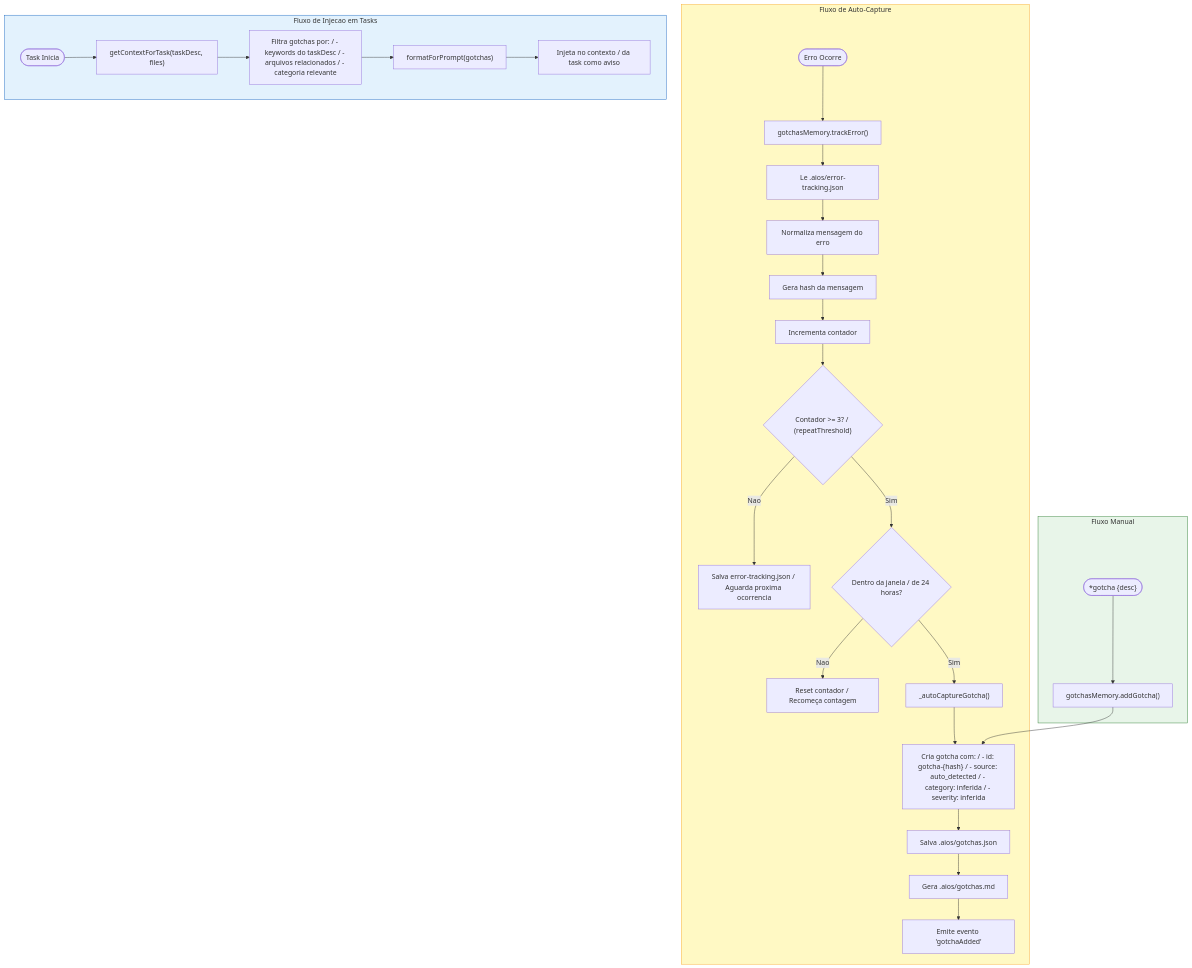
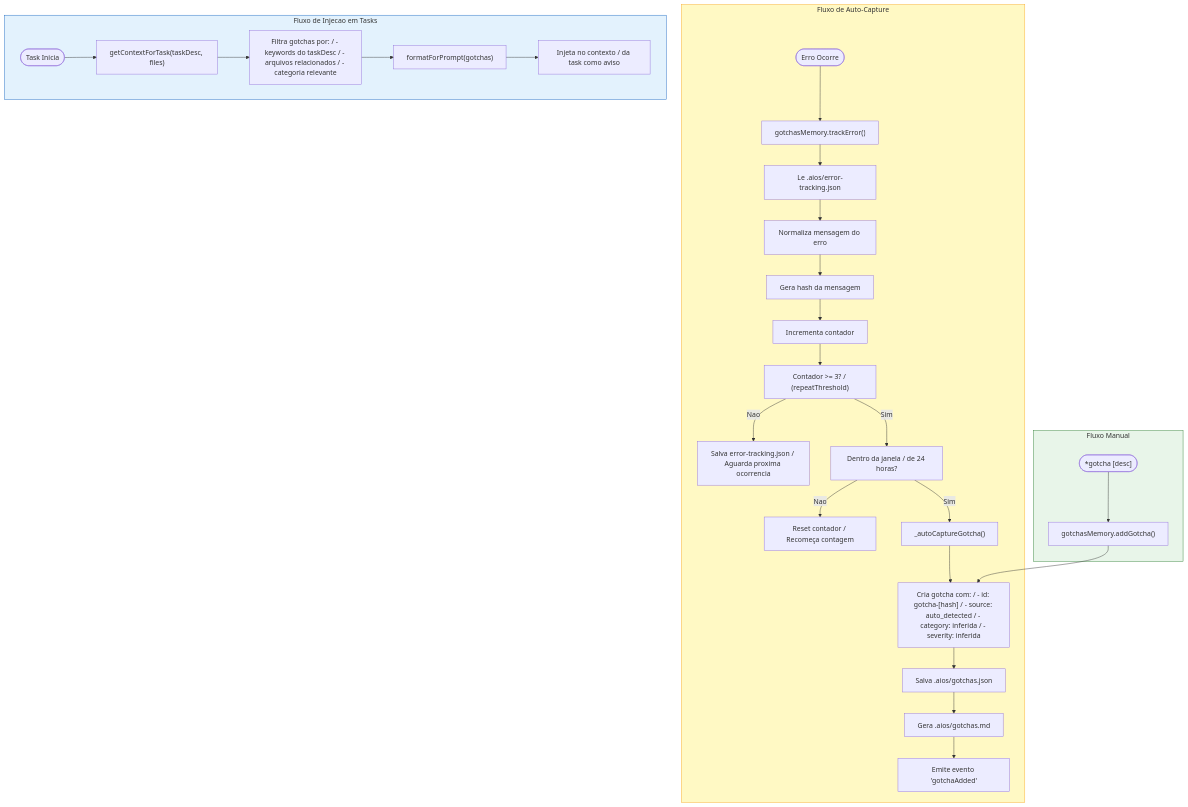
Diagram 13 of 18 in content/en/docs/guides/MEMORY-SYSTEM.mdx (bychrisr/aios-docs), drawn with Mermaid before and after one commit. The commit also changed other lines of this file and 40 other files, not shown here.

````diff
--- a/content/en/docs/guides/MEMORY-SYSTEM.mdx
+++ b/content/en/docs/guides/MEMORY-SYSTEM.mdx
@@ -601,39 +601,39 @@
 ```mermaid
 flowchart TD
     subgraph ERROR_FLOW["Fluxo de Auto-Capture"]
         ERR([Erro Ocorre]) --> TRACK["gotchasMemory.trackError()"]
         TRACK --> READ_ET["Le .aios/error-tracking.json"]
         READ_ET --> NORMALIZE["Normaliza mensagem do erro"]
         NORMALIZE --> HASH["Gera hash da mensagem"]
         HASH --> INCREMENT["Incrementa contador"]
-        INCREMENT --> CHECK{"Contador >= 3? / (repeatThreshold)"}
+        INCREMENT --> CHECK["Contador >= 3? / (repeatThreshold)"]
 
         CHECK -->|"Nao"| SAVE_ET["Salva error-tracking.json / Aguarda proxima ocorrencia"]
-        CHECK -->|"Sim"| WINDOW{"Dentro da janela / de 24 horas?"}
+        CHECK -->|"Sim"| WINDOW["Dentro da janela / de 24 horas?"]
 
         WINDOW -->|"Nao"| RESET["Reset contador / Recomeça contagem"]
         WINDOW -->|"Sim"| AUTO_CAPTURE["_autoCaptureGotcha()"]
 
-        AUTO_CAPTURE --> CREATE["Cria gotcha com: / - id: gotcha-{hash} / - source: auto_detected / - category: inferida / - severity: inferida"]
+        AUTO_CAPTURE --> CREATE["Cria gotcha com: / - id: gotcha-[hash] / - source: auto_detected / - category: inferida / - severity: inferida"]
 
         CREATE --> SAVE_JSON["Salva .aios/gotchas.json"]
         SAVE_JSON --> SAVE_MD["Gera .aios/gotchas.md"]
         SAVE_MD --> EMIT["Emite evento 'gotchaAdded'"]
     end
 
     subgraph MANUAL_FLOW["Fluxo Manual"]
-        CMD(["*gotcha {desc}"]) --> ADD["gotchasMemory.addGotcha()"]
+        CMD(["*gotcha [desc]"]) --> ADD["gotchasMemory.addGotcha()"]
         ADD --> CREATE
     end
 
     subgraph INJECTION_FLOW["Fluxo de Injecao em Tasks"]
         TASK([Task Inicia]) --> QUERY["getContextForTask(taskDesc, files)"]
         QUERY --> MATCH["Filtra gotchas por: / - keywords do taskDesc / - arquivos relacionados / - categoria relevante"]
         MATCH --> FORMAT["formatForPrompt(gotchas)"]
         FORMAT --> INJECT["Injeta no contexto / da task como aviso"]
     end
 
     style ERROR_FLOW fill:#FFF9C4,stroke:#F9A825
     style MANUAL_FLOW fill:#E8F5E9,stroke:#2E7D32
     style INJECTION_FLOW fill:#E3F2FD,stroke:#1565C0
 ```
````
